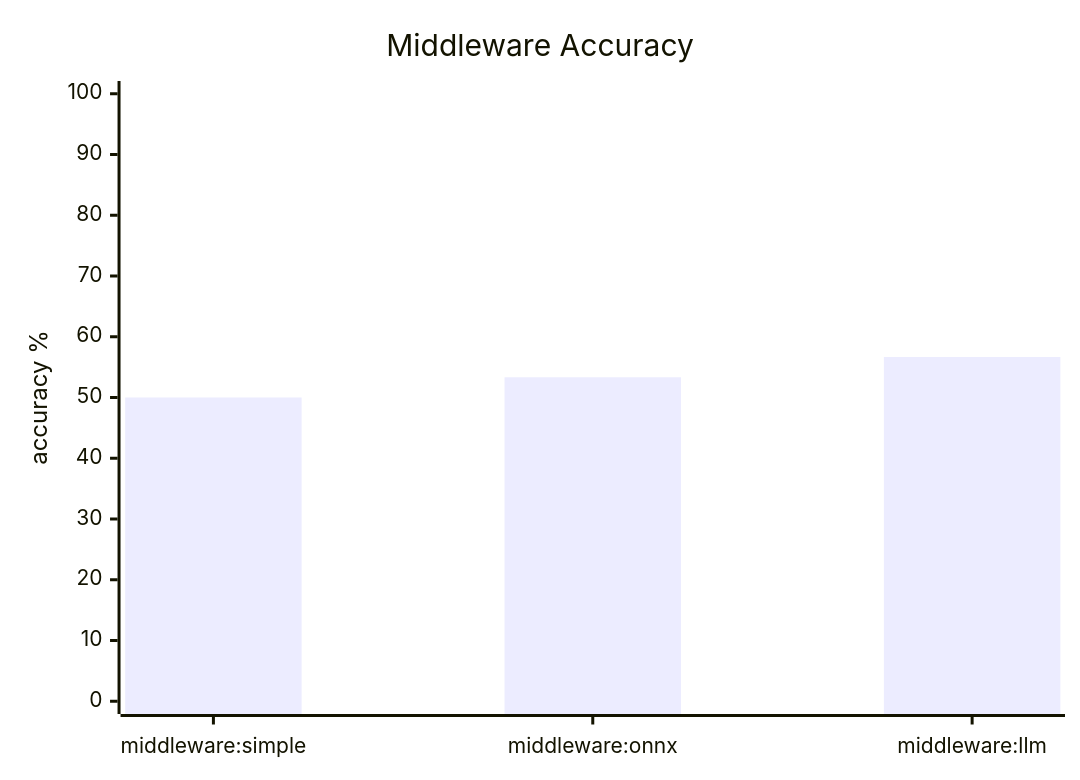
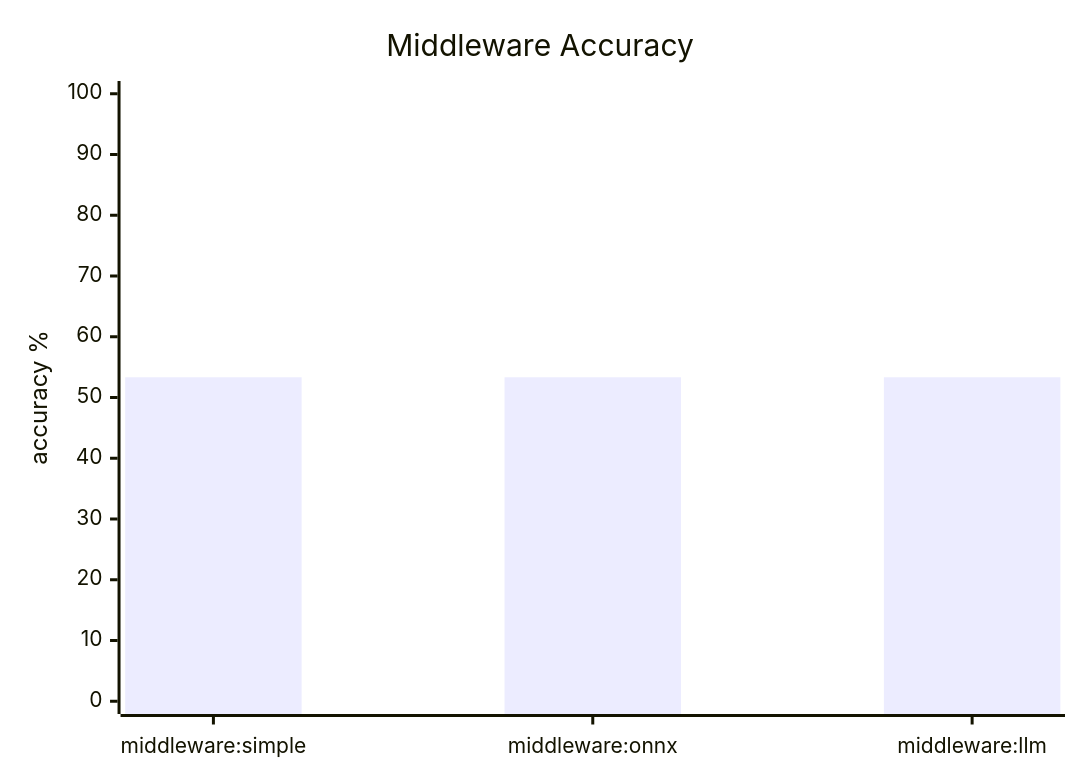
One commit to JonasLiebschner/Frugal-AI changed the first of 3 diagrams in tmp/highscattered_first30_middleware_summary.md. Above: the diagram before and after it, drawn with Mermaid. The commit also changed other lines of this file and 12 other files, not shown here.

````diff
--- a/tmp/highscattered_first30_middleware_summary.md
+++ b/tmp/highscattered_first30_middleware_summary.md
@@ -24,7 +24,7 @@
 ```mermaid
 xychart-beta
     title "Middleware Accuracy"
     x-axis ["middleware:simple", "middleware:onnx", "middleware:llm"]
     y-axis "accuracy %" 0 --> 100
-    bar [50, 53.33, 56.67]
+    bar [53.33, 53.33, 53.33]
 ```
````
